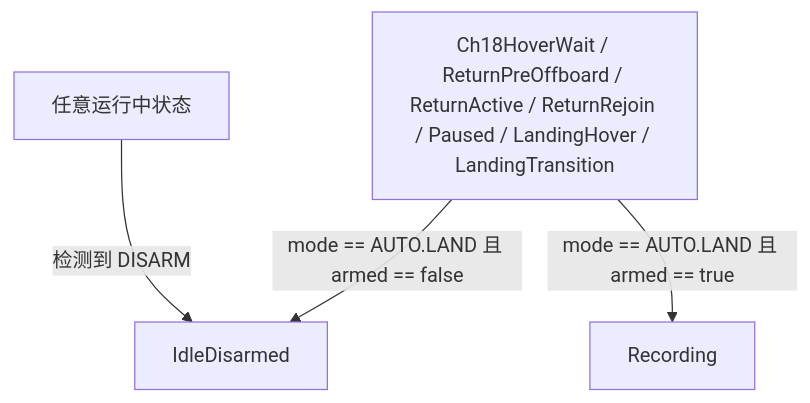
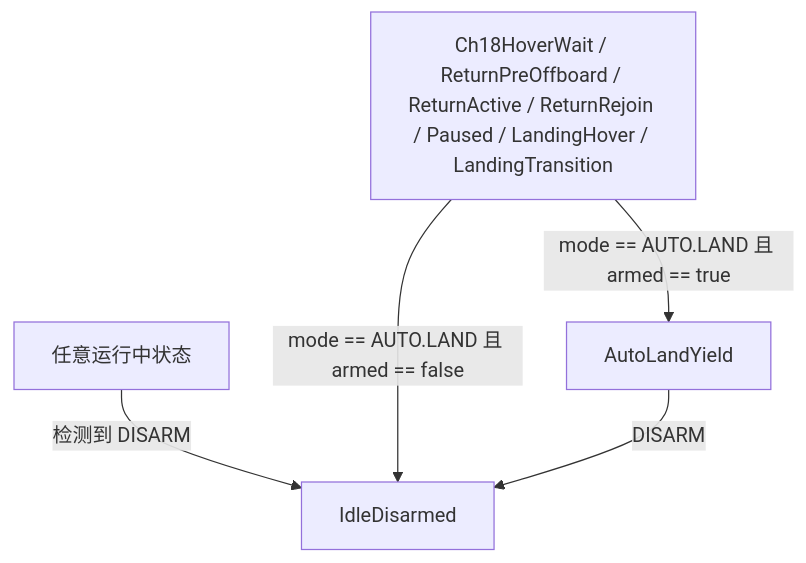
The second of 3 diagrams in doc/SYSTEM_OVERVIEW.md (ChanSolstice/px4_backtrack_optimised), drawn with Mermaid before and after one commit. The commit also changed other lines of this file and 5 other files, not shown here.

````diff
--- a/doc/SYSTEM_OVERVIEW.md
+++ b/doc/SYSTEM_OVERVIEW.md
@@ -528,8 +531,9 @@
 ```mermaid
 flowchart TD
     A[任意运行中状态] -->|检测到 DISARM| B[IdleDisarmed]
 
     C[Ch18HoverWait / ReturnPreOffboard / ReturnActive / ReturnRejoin / Paused / LandingHover / LandingTransition]
-    C -->|mode == AUTO.LAND 且 armed == true| D[Recording]
+    C -->|mode == AUTO.LAND 且 armed == true| D[AutoLandYield]
     C -->|mode == AUTO.LAND 且 armed == false| B
+    D -->|DISARM| B
 ```
````
